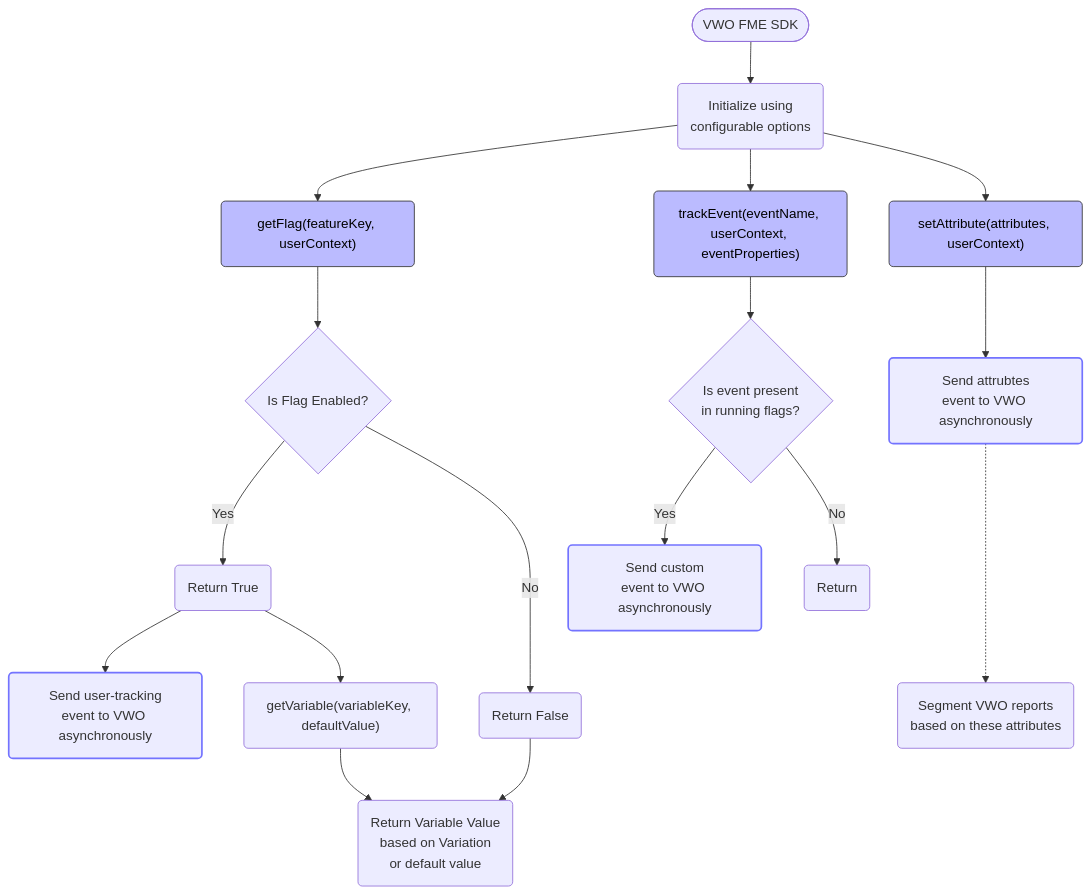
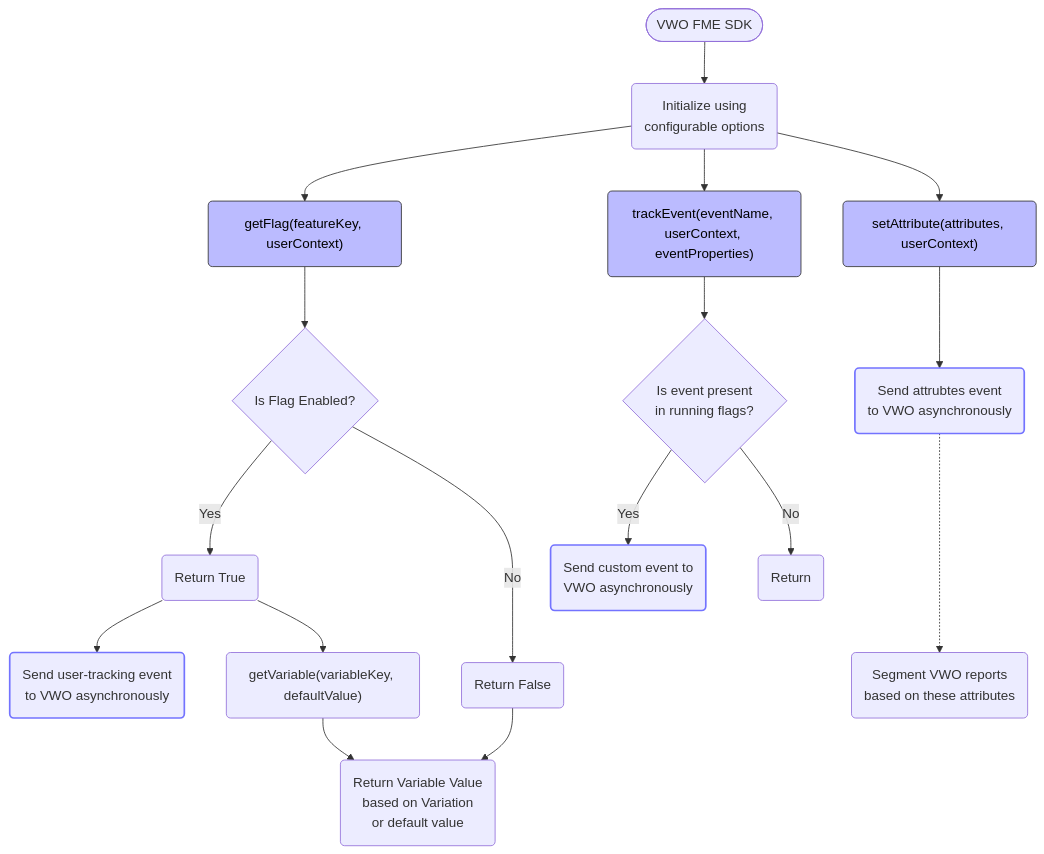
One commit to wingify/readme-central changed the diagram in docs/SDK Reference/fme-sdks-working.md. Above: the diagram before and after it, drawn with Mermaid.

Commit message:
Update doc `fme-sdks-working`

````diff
--- a/docs/SDK Reference/fme-sdks-working.md
+++ b/docs/SDK Reference/fme-sdks-working.md
@@ -8,40 +8,40 @@
 ```mermaid
 flowchart TD
     A0(["VWO FME SDK"]) --> A("Initialize using<br/>configurable options")
     A --> Y("getFlag(featureKey, userContext)")
     A --> X("trackEvent(eventName, userContext, eventProperties)")
     A --> Z("setAttribute(attributes, userContext)")
 
     %% getFlag & getVariable Flow
     Y --> Y1{"Is Flag Enabled?"}
     Y1 -- Yes --> Y2("Return True")
     Y1 -- No --> Y4("Return False")
-    Y2 --> Y22("Send user-tracking<br/>event to VWO asynchronously")
+    Y2 --> Y22("Send user-tracking event<br/>to VWO asynchronously")
     Y2 --> Y3("getVariable(variableKey, defaultValue)")
     Y3 --> Y5("Return Variable Value<br/>based on Variation<br/>or default value")
     Y4 --> Y5
 
     %% trackEvent Flow
     X --> X1{"Is event present<br/>in running flags?"}
-    X1 -- Yes --> X2("Send custom<br/>event to VWO asynchronously")
+    X1 -- Yes --> X2("Send custom event to<br/>VWO asynchronously")
     X1 -- No --> X3("Return")
 
     %% setAttribute Flow
-    Z --> Z1("Send attrubtes<br/>event to VWO asynchronously")
+    Z --> Z1("Send attrubtes event<br/>to VWO asynchronously")
     Z1 ..-> Z2("Segment VWO reports<br/>based on these attributes")
 
     %% Assign classes
     class Y getFlag
     class X trackEvent
     class Z setAttribute
 
     %% Define styles
     classDef getFlag fill:#bbf,stroke:#333,stroke-width:1px,color:#000
     classDef trackEvent fill:#bbf,stroke:#333,stroke-width:1px,color:#000
     classDef setAttribute fill:#bbf,stroke:#333,stroke-width:1px,color:#000
 
     style X2 stroke:#7373ff,stroke-width:2px
     style Y22 stroke:#7373ff,stroke-width:2px
     style Z1 stroke:#7373ff,stroke-width:2px
 
 ```
````
